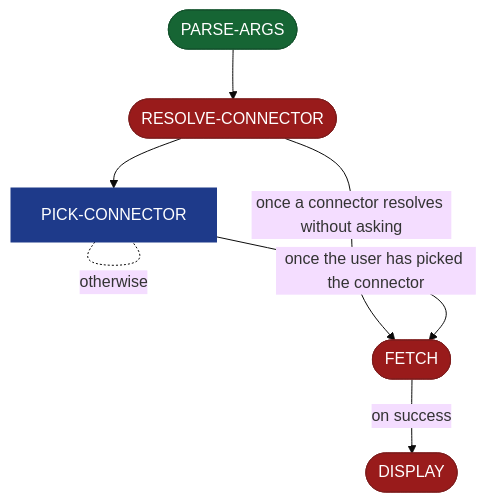
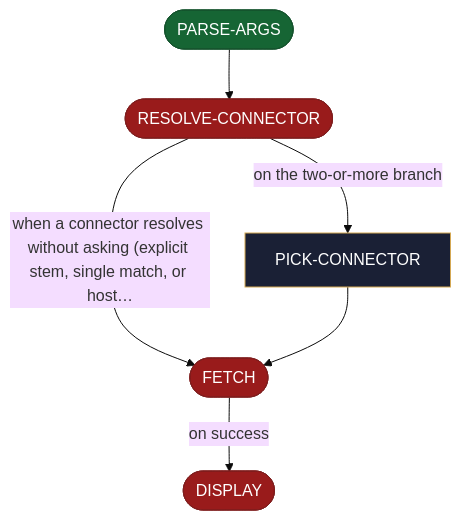
The diagram in site/src/content/docs/skills/aid-read-ticket.md (AndreVianna/aid-methodology), drawn with Mermaid (base theme) before and after one commit. The commit also changed other lines of this file and 251 other files, not shown here.

````diff
--- a/site/src/content/docs/skills/aid-read-ticket.md
+++ b/site/src/content/docs/skills/aid-read-ticket.md
@@ -22,30 +22,29 @@
 ```mermaid
 flowchart TB
   classDef aidNode color:#fff
   classDef aidEntry fill:#166534,stroke:#14532d,color:#fff
   classDef aidExit fill:#991b1b,stroke:#7f1d1d,color:#fff
   classDef aidDecision fill:#92400e,stroke:#78350f,color:#fff
   classDef aidLoopBack fill:#1e3a8a,stroke:#1e3a8a,color:#fff
   classDef aidStep fill:#1a2035,stroke:#d4a853,color:#f1f5f9
   n1(["PARSE-ARGS"])
   n2(["RESOLVE-CONNECTOR"])
   n3["PICK-CONNECTOR"]
   n4(["FETCH"])
   n5(["DISPLAY"])
   n1 --> n2
-  n2 --> n3
-  n2 -->|"once a connector resolves without asking"| n4
-  n3 -. "otherwise" .- n3
-  n3 -->|"once the user has picked the connector"| n4
+  n2 -->|"on the two-or-more branch"| n3
+  n2 -->|"when a connector resolves without asking (explicit stem, single match, or host…"| n4
+  n3 --> n4
   n4 -->|"on success"| n5
   class n1 aidEntry
   class n2 aidExit
-  class n3 aidLoopBack
+  class n3 aidStep
   class n4 aidExit
   class n5 aidExit
   class n1 aidNode
   class n2 aidNode
   class n3 aidNode
   class n4 aidNode
   class n5 aidNode
 ```
````
